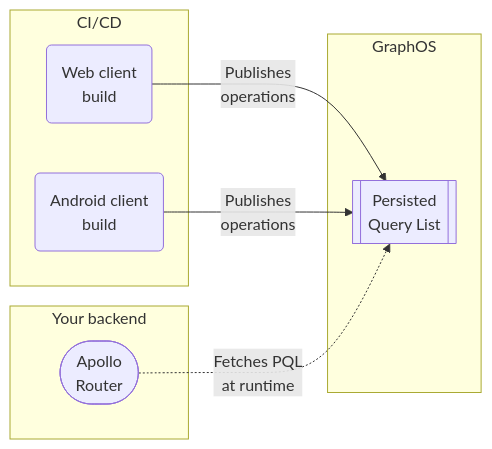
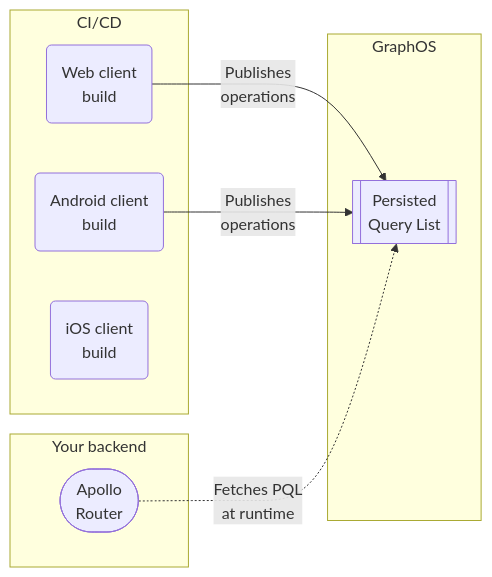
The diagram in src/content/graphos/basics/operations/persisted-queries.mdx (apollographql/docs), drawn with Mermaid before and after one commit. The commit also changed other lines of this file, not shown here.

````diff
--- a/src/content/graphos/basics/operations/persisted-queries.mdx
+++ b/src/content/graphos/basics/operations/persisted-queries.mdx
@@ -16,19 +16,20 @@
 ```mermaid
 graph LR;
 
   subgraph "CI/CD"
   webClient("Web client<br/>build");
   androidClient("Android client<br/>build");
+  iosClient("iOS client<br/>build");
   end
 
   subgraph "GraphOS"
   pql[[Persisted<br/>Query List]];
   end
   
   subgraph "Your backend"
   router(["Apollo<br/>Router"]);
   end
 
   webClient & androidClient -->|Publishes<br/>operations|pql
   router -.->|Fetches PQL<br/>at runtime|pql
 ```
````
